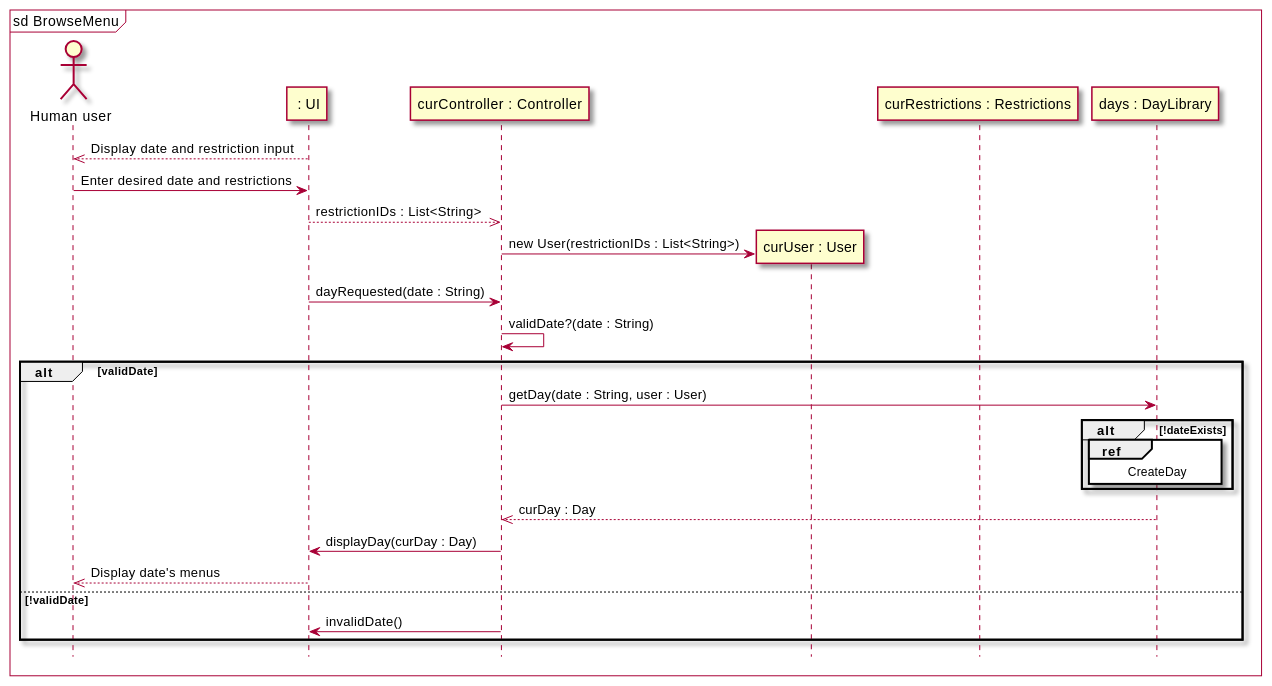
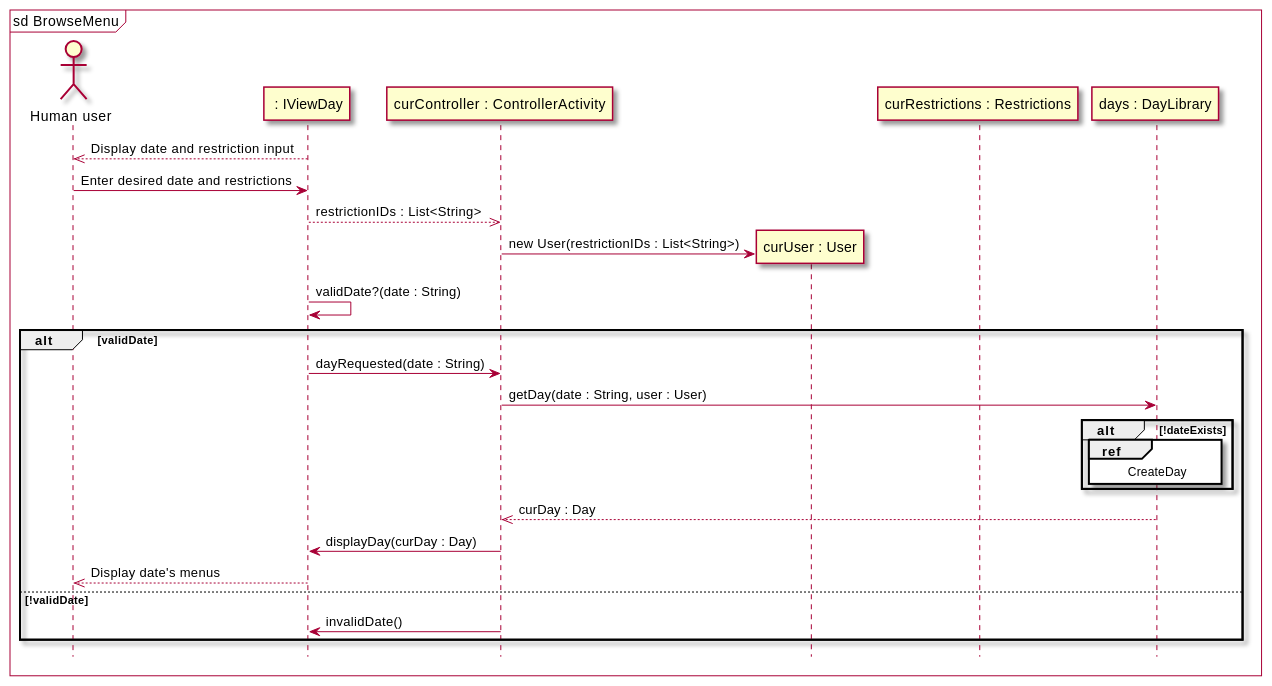
Before and after one commit to sashap100/Vassar-Dining-App: the second of 4 diagrams in intellij/doc/design.md, drawn with PlantUML. The commit also changed other lines of this file, not shown here.

Commit message:
Updated class diagram to reflect new controller and view classes/interfaces, needs rearranging

````diff
--- a/intellij/doc/design.md
+++ b/intellij/doc/design.md
@@ -111,35 +188,35 @@
 ```plantuml
 
 @startuml
 skin rose
 hide footbox
 mainframe sd BrowseMenu
 
 actor "Human user" as human
-participant " : UI" as ui
-participant "curController : Controller" as controller
+participant " : IViewDay" as ui
+participant "curController : ControllerActivity" as controller
 participant "curUser : User" as user
 participant "curRestrictions : Restrictions" as restriction
 participant "days : DayLibrary" as days
 
 ui -->> human : Display date and restriction input
 human -> ui : Enter desired date and restrictions
 ui -->> controller : restrictionIDs : List<String>
 controller -> user **: new User(restrictionIDs : List<String>)
-ui -> controller : dayRequested(date : String)
-controller -> controller : validDate?(date : String)
+ui -> ui : validDate?(date : String)
 alt validDate
+    ui -> controller : dayRequested(date : String)
     controller -> days : getDay(date : String, user : User)
     alt !dateExists
         ref over days
         CreateDay
         end ref
     end
     days -->> controller : curDay : Day
     controller -> ui : displayDay(curDay : Day)
     ui -->> human : Display date's menus
 else !validDate
     controller -> ui : invalidDate()
 end
 @enduml
 ```
````
